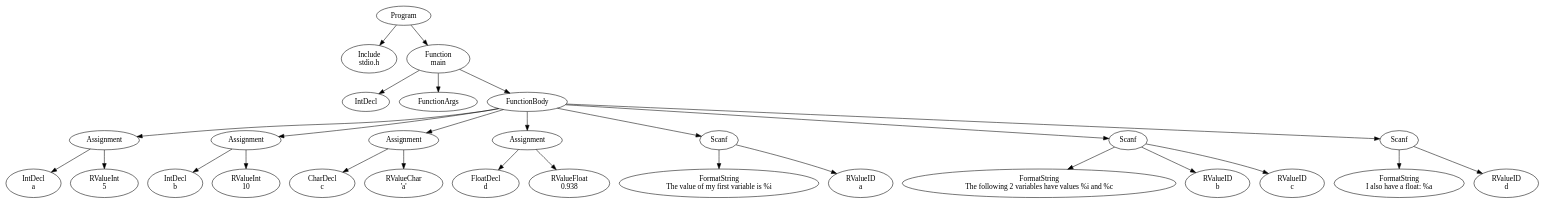
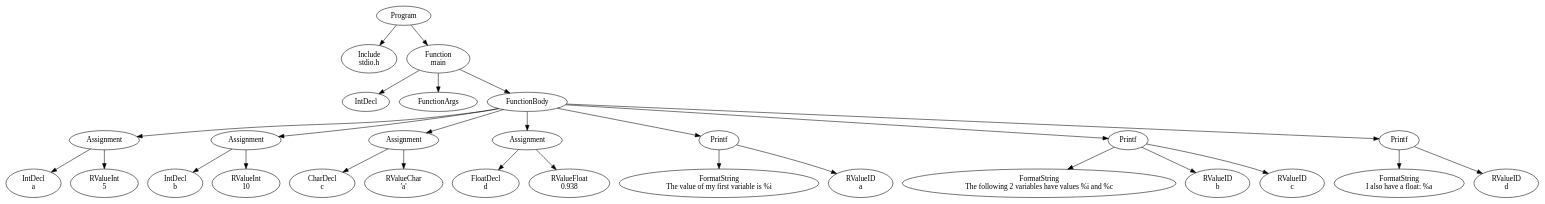
The diagram in official/res/solutions/printf.dot (FedericoQuin/Compilers), drawn with Graphviz before and after one commit. The commit also changed 3 other files, not shown here.

```diff
--- a/official/res/solutions/printf.dot
+++ b/official/res/solutions/printf.dot
@@ -1,57 +1,57 @@
 digraph AST {
 2 [label="Program"];
 3 [label="Include \nstdio.h"];
 4 [label="Function \nmain"];
 5 [label="IntDecl"];
 6 [label="FunctionArgs"];
 7 [label="FunctionBody"];
 8 [label="Assignment"];
 9 [label="IntDecl \na"];
 10 [label="RValueInt \n5"];
 8 -> 9;
 8 -> 10;
 11 [label="Assignment"];
 12 [label="IntDecl \nb"];
 13 [label="RValueInt \n10"];
 11 -> 12;
 11 -> 13;
 14 [label="Assignment"];
 15 [label="CharDecl \nc"];
 16 [label="RValueChar \n'a'"];
 14 -> 15;
 14 -> 16;
 17 [label="Assignment"];
 18 [label="FloatDecl \nd"];
 19 [label="RValueFloat \n0.938"];
 17 -> 18;
 17 -> 19;
-20 [label="Scanf"];
+20 [label="Printf"];
 21 [label="FormatString \nThe value of my first variable is %i"];
 22 [label="RValueID \na"];
 20 -> 21;
 20 -> 22;
-23 [label="Scanf"];
+23 [label="Printf"];
 24 [label="FormatString \nThe following 2 variables have values %i and %c"];
 25 [label="RValueID \nb"];
 26 [label="RValueID \nc"];
 23 -> 24;
 23 -> 25;
 23 -> 26;
-27 [label="Scanf"];
+27 [label="Printf"];
 28 [label="FormatString \nI also have a float: %a"];
 29 [label="RValueID \nd"];
 27 -> 28;
 27 -> 29;
 7 -> 8;
 7 -> 11;
 7 -> 14;
 7 -> 17;
 7 -> 20;
 7 -> 23;
 7 -> 27;
 4 -> 5;
 4 -> 6;
 4 -> 7;
 2 -> 3;
 2 -> 4;
 }
```
